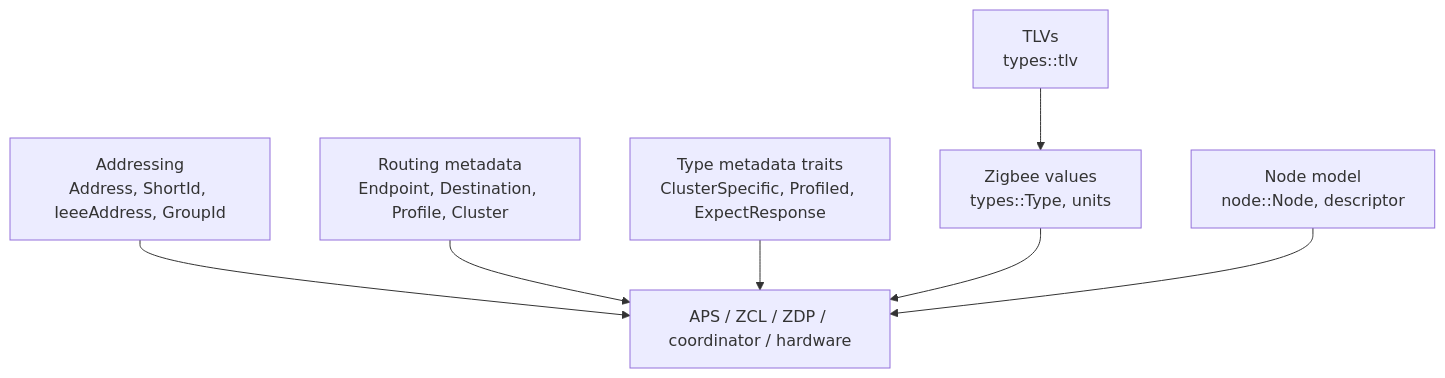
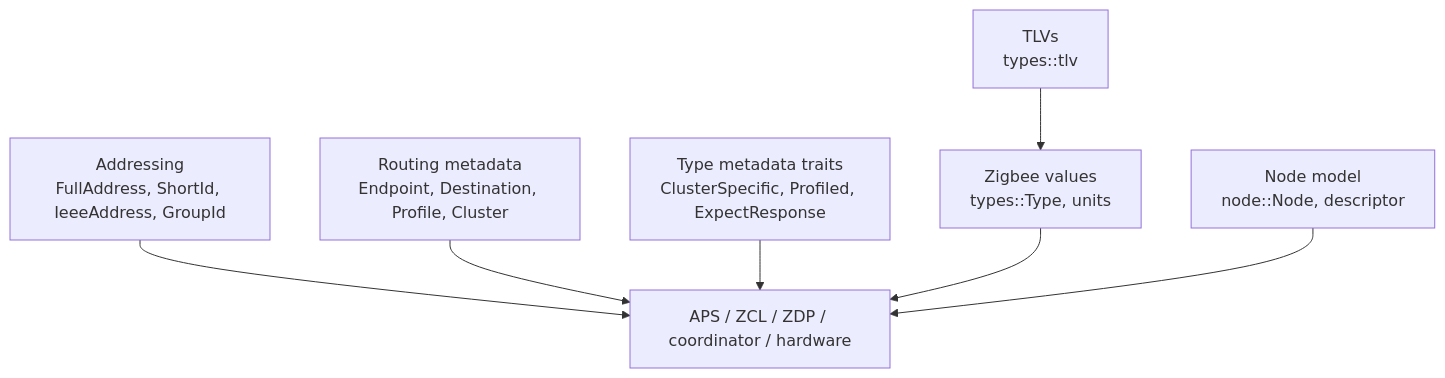
One commit to PaulmannLighting/apis-saltans changed the first of 2 diagrams in apis-saltans-core/ARCHITECTURE.md. Above: the diagram before and after it, drawn with Mermaid. The commit also changed other lines of this file and 3 other files, not shown here.

Commit message:
Add `FullAddress`.

````diff
--- a/apis-saltans-core/ARCHITECTURE.md
+++ b/apis-saltans-core/ARCHITECTURE.md
@@ -11,17 +11,17 @@
 ```mermaid
 flowchart TD
-    Addressing["Addressing<br/>Address, ShortId, IeeeAddress, GroupId"]
+    Addressing["Addressing<br/>FullAddress, ShortId, IeeeAddress, GroupId"]
     Routing["Routing metadata<br/>Endpoint, Destination, Profile, Cluster"]
     Traits["Type metadata traits<br/>ClusterSpecific, Profiled, ExpectResponse"]
     Values["Zigbee values<br/>types::Type, units"]
     Tlv["TLVs<br/>types::tlv"]
     Node["Node model<br/>node::Node, descriptor"]
     Protocols["APS / ZCL / ZDP / coordinator / hardware"]
 
     Addressing --> Protocols
     Routing --> Protocols
     Traits --> Protocols
     Values --> Protocols
     Tlv --> Values
     Node --> Protocols
 ```
````
